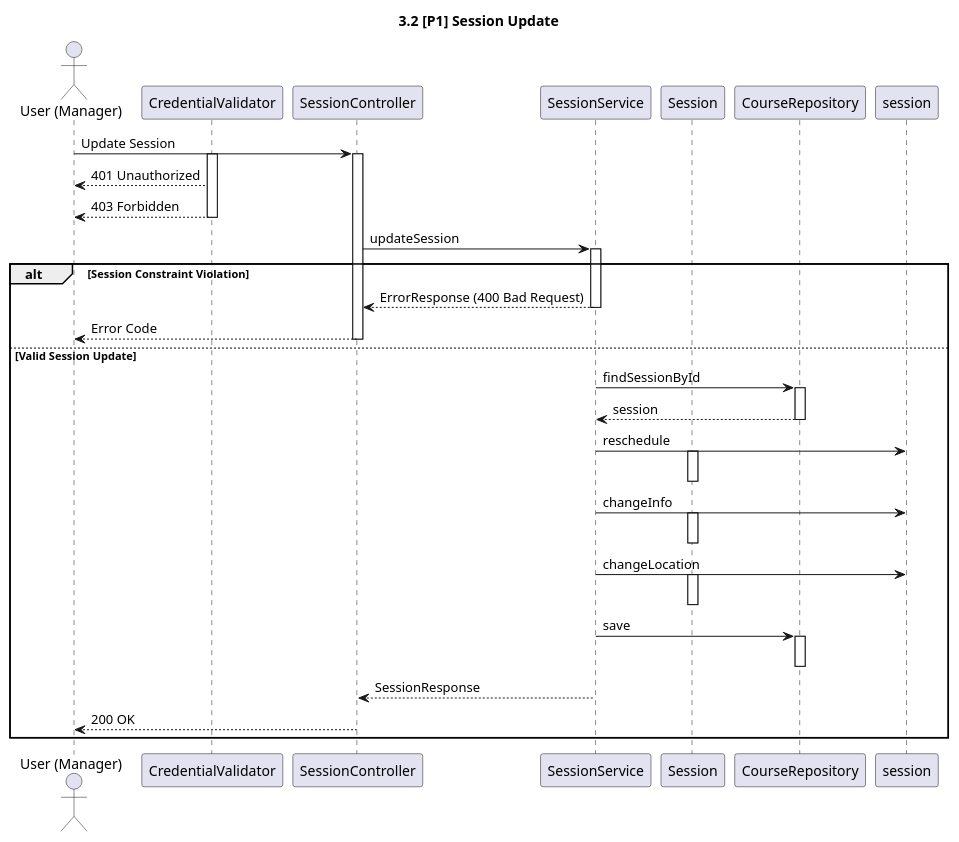
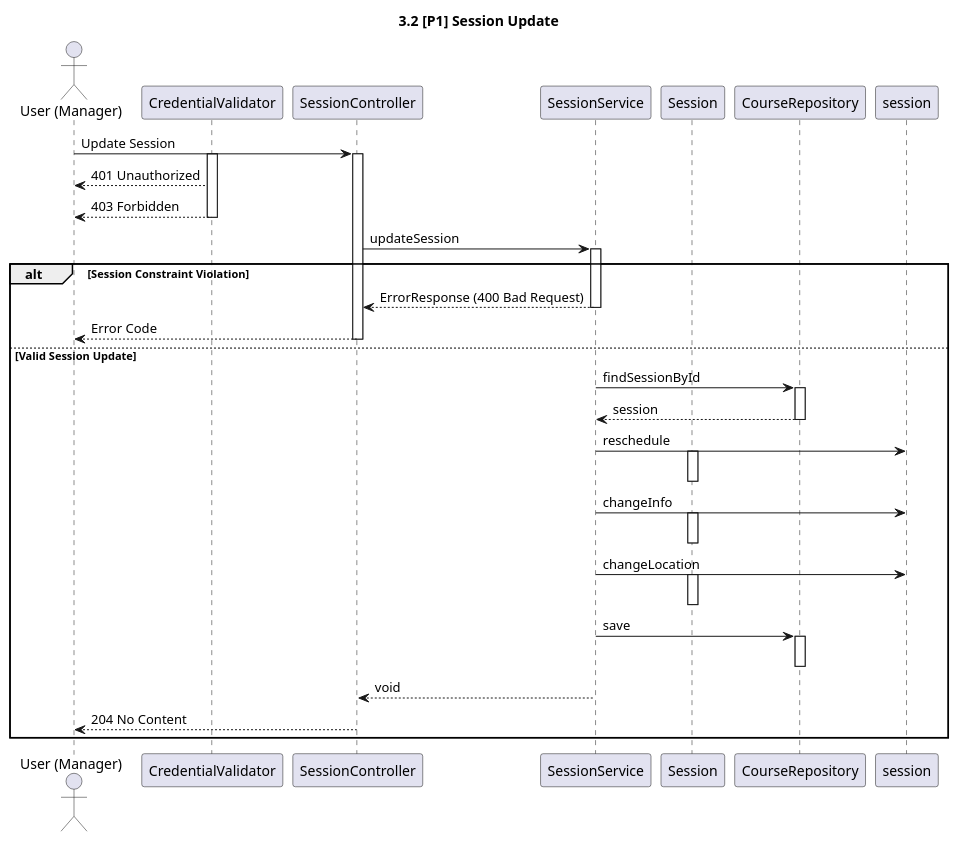
One commit to f-lab-edu/learning-manager changed the diagram in docs/sequences/3.2_session_update.puml. Above: the diagram before and after it, drawn with PlantUML. The commit also changed 15 other files, not shown here.

```diff
--- a/docs/sequences/3.2_session_update.puml
+++ b/docs/sequences/3.2_session_update.puml
@@ -1,57 +1,57 @@
 @startuml
 
 title 3.2 [P1] Session Update
 
 actor "User (Manager)" as User
 participant "CredentialValidator" as Validator
 participant "SessionController" as Controller
 participant "SessionService" as AppService
 participant "Session" as SessionDomain
 participant "CourseRepository" as Repository
 
 User -> Controller: Update Session
 activate Validator
 activate Controller
 Validator --> User: 401 Unauthorized
 Validator --> User: 403 Forbidden
 deactivate Validator
 
 Controller -> AppService: updateSession
 activate AppService
 alt Session Constraint Violation
     AppService --> Controller: ErrorResponse (400 Bad Request)
     deactivate AppService
     Controller --> User: Error Code
     deactivate Controller
 else Valid Session Update
 
 AppService -> Repository: findSessionById
 activate Repository
 Repository --> AppService: session
 deactivate Repository
 
 AppService -> session: reschedule
 activate SessionDomain
 deactivate SessionDomain
 
 AppService -> session: changeInfo
 activate SessionDomain
 deactivate SessionDomain
 
 AppService -> session: changeLocation
 activate SessionDomain
 deactivate SessionDomain
 
 AppService -> Repository: save
 activate Repository
 deactivate Repository
 
-AppService --> Controller: SessionResponse
+AppService --> Controller: void
 deactivate AppService
 
-Controller --> User: 200 OK
+Controller --> User: 204 No Content
 deactivate Controller
 
 end
 
 @enduml
```
